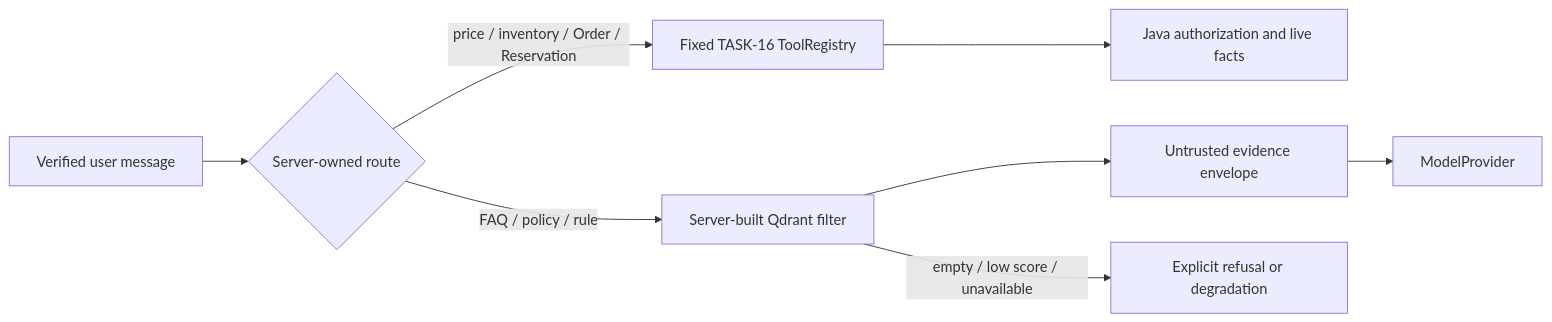
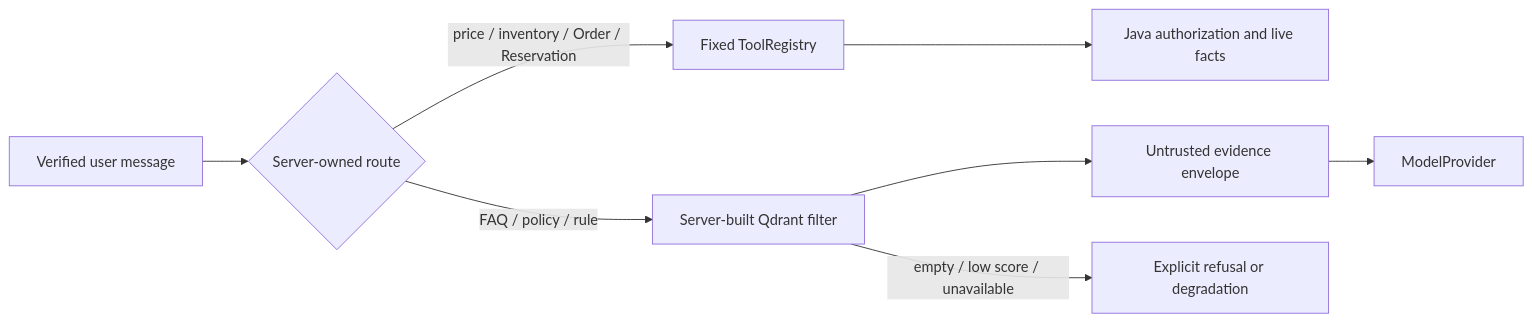
One commit to LBBZ/hotShop changed the diagram in docs/architecture/agent-rag.md. Above: the diagram before and after it, drawn with Mermaid. The commit also changed other lines of this file and 82 other files, not shown here.

````diff
--- a/docs/architecture/agent-rag.md
+++ b/docs/architecture/agent-rag.md
@@ -16,10 +16,10 @@
 ```mermaid
 flowchart LR
     Q["Verified user message"] --> R{"Server-owned route"}
-    R -->|"price / inventory / Order / Reservation"| T["Fixed TASK-16 ToolRegistry"]
+    R -->|"price / inventory / Order / Reservation"| T["Fixed ToolRegistry"]
     R -->|"FAQ / policy / rule"| F["Server-built Qdrant filter"]
     F --> E["Untrusted evidence envelope"]
     E --> M["ModelProvider"]
     T --> J["Java authorization and live facts"]
     F -->|"empty / low score / unavailable"| D["Explicit refusal or degradation"]
 ```
````
